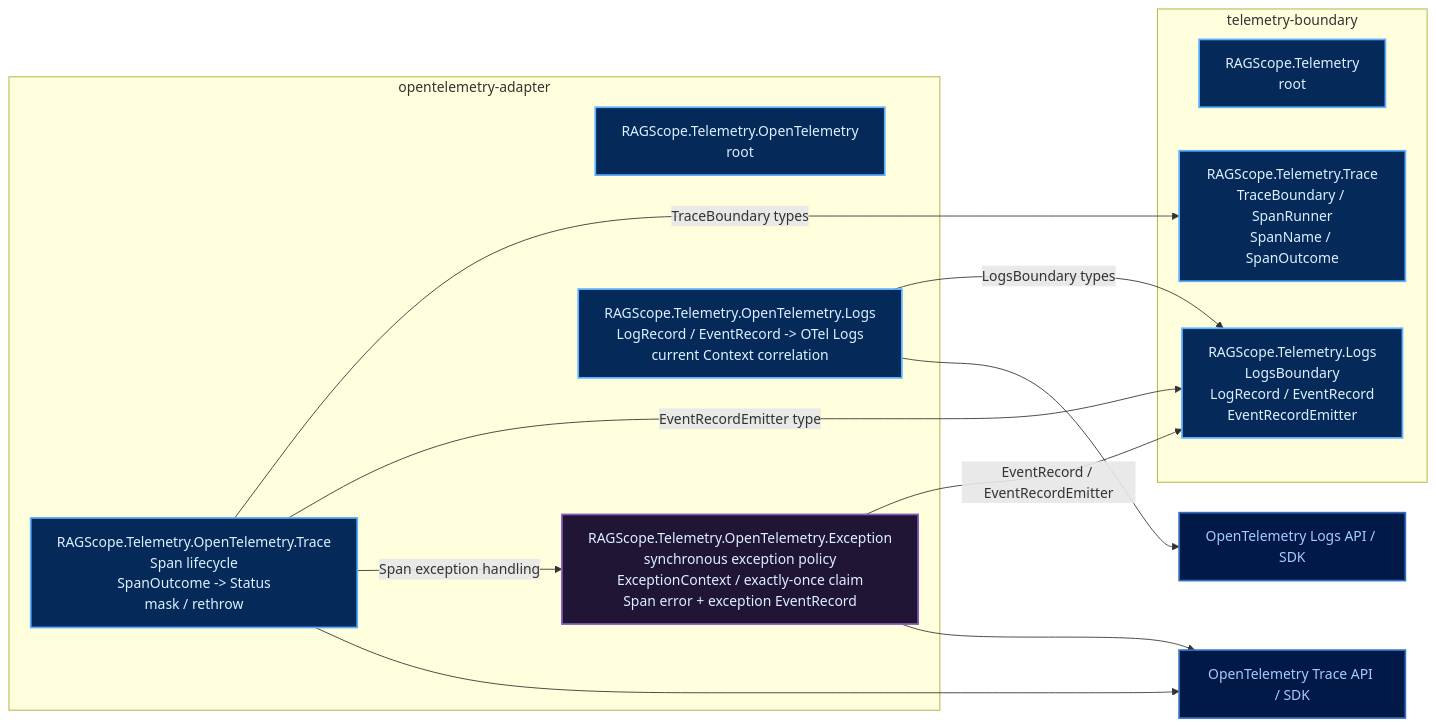
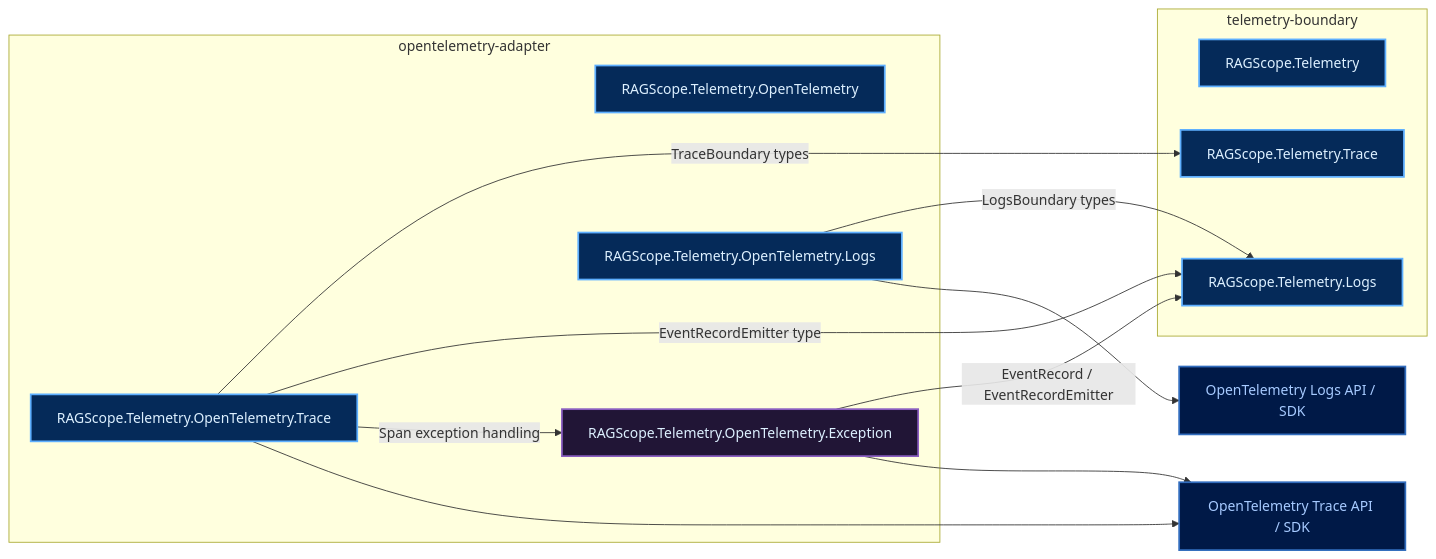
One commit to takashit16833/Workbench changed the second of 3 diagrams in Notes/RAGScope/RAGScopeアプリケーション/RAGScopeアプリケーション Haskellライブラリ・モジュールマップ.md. Above: the diagram before and after it, drawn with Mermaid. The commit also changed other lines of this file, not shown here.

Commit message:
モジュール図の説明を簡略化

````diff
--- a/Notes/RAGScope/RAGScopeアプリケーション/RAGScopeアプリケーション Haskellライブラリ・モジュールマップ.md
+++ b/Notes/RAGScope/RAGScopeアプリケーション/RAGScopeアプリケーション Haskellライブラリ・モジュールマップ.md
@@ -39,33 +35,33 @@
 ```mermaid
 flowchart LR
   subgraph boundary["telemetry-boundary"]
-    telemetry["RAGScope.Telemetry<br>root"]
-    traceBoundary["RAGScope.Telemetry.Trace<br>TraceBoundary / SpanRunner<br>SpanName / SpanOutcome"]
-    logsBoundary["RAGScope.Telemetry.Logs<br>LogsBoundary<br>LogRecord / EventRecord<br>EventRecordEmitter"]
+    telemetry["RAGScope.Telemetry"]
+    traceBoundary["RAGScope.Telemetry.Trace"]
+    logsBoundary["RAGScope.Telemetry.Logs"]
   end
 
   subgraph adapter["opentelemetry-adapter"]
-    otelRoot["RAGScope.Telemetry.OpenTelemetry<br>root"]
-    otelTrace["RAGScope.Telemetry.OpenTelemetry.Trace<br>Span lifecycle<br>SpanOutcome -> Status<br>mask / rethrow"]
-    otelException["RAGScope.Telemetry.OpenTelemetry.Exception<br>synchronous exception policy<br>ExceptionContext / exactly-once claim<br>Span error + exception EventRecord"]
-    otelLogs["RAGScope.Telemetry.OpenTelemetry.Logs<br>LogRecord / EventRecord -> OTel Logs<br>current Context correlation"]
+    otelRoot["RAGScope.Telemetry.OpenTelemetry"]
+    otelTrace["RAGScope.Telemetry.OpenTelemetry.Trace"]
+    otelException["RAGScope.Telemetry.OpenTelemetry.Exception"]
+    otelLogs["RAGScope.Telemetry.OpenTelemetry.Logs"]
   end
 
   otelTrace -->|TraceBoundary types| traceBoundary
   otelTrace -->|EventRecordEmitter type| logsBoundary
   otelTrace -->|Span exception handling| otelException
   otelException -->|EventRecord / EventRecordEmitter| logsBoundary
   otelLogs -->|LogsBoundary types| logsBoundary
 
   otelTrace --> otelTraceSdk["OpenTelemetry Trace API / SDK"]
   otelException --> otelTraceSdk
   otelLogs --> otelLogsSdk["OpenTelemetry Logs API / SDK"]
 
   classDef public fill:#052A59,stroke:#5EAFFF,color:#DDF0FF,stroke-width:2px
   classDef private fill:#211536,stroke:#8A5EC0,color:#DDF0FF,stroke-width:2px
   classDef external fill:#001947,stroke:#316CBD,color:#A6CAFF,stroke-width:2px
 
   class telemetry,traceBoundary,logsBoundary,otelRoot,otelTrace,otelLogs public
   class otelException private
   class otelTraceSdk,otelLogsSdk external
 ```
````
